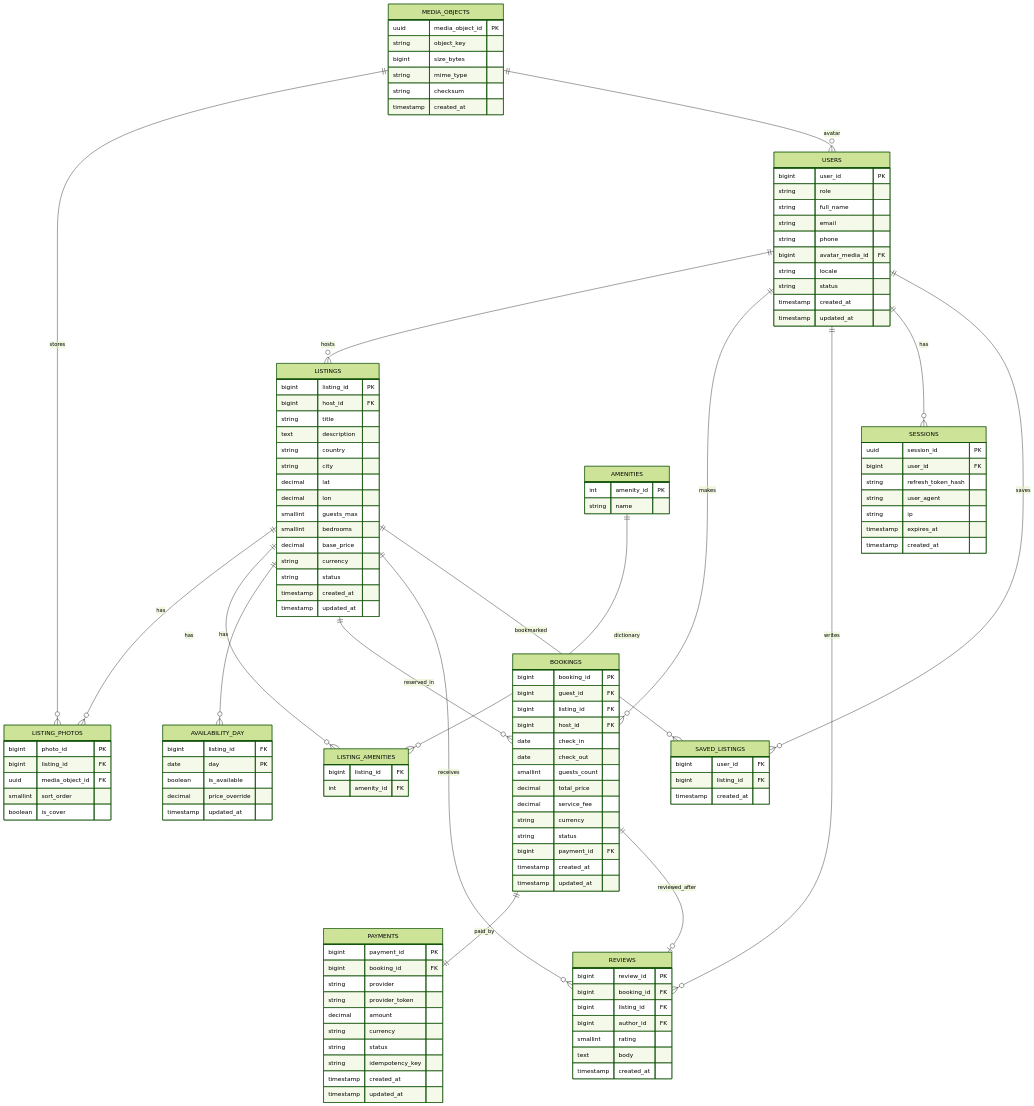
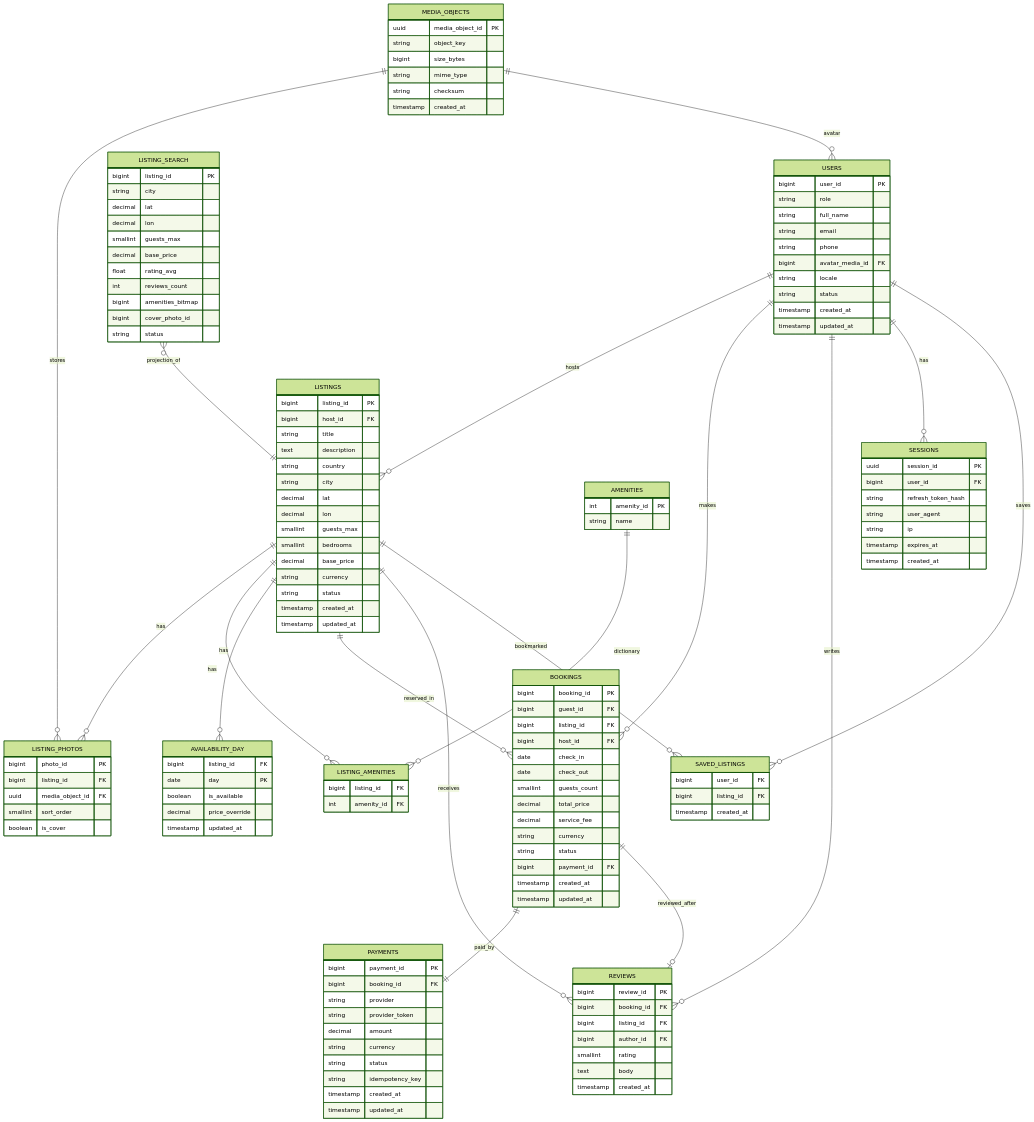
The third of 4 diagrams in README.md (kolenkoal/Designing-High-Load-Systems), drawn with Mermaid (forest theme) before and after one commit. The commit also changed other lines of this file, not shown here.

```diff
--- a/README.md
+++ b/README.md
@@ -482,6 +470,8 @@
 
     MEDIA_OBJECTS ||--o{ LISTING_PHOTOS : stores
     MEDIA_OBJECTS ||--o{ USERS : avatar
+
+    LISTING_SEARCH }o--|| LISTINGS : projection_of
 
     USERS {
         bigint user_id PK
@@ -522,6 +512,20 @@
         string status
         timestamp created_at
         timestamp updated_at
+    }
+
+    LISTING_SEARCH {
+        bigint listing_id PK
+        string city
+        decimal lat
+        decimal lon
+        smallint guests_max
+        decimal base_price
+        float rating_avg
+        int reviews_count
+        bigint amenities_bitmap
+        bigint cover_photo_id
+        string status
     }
 
     LISTING_PHOTOS {
```
